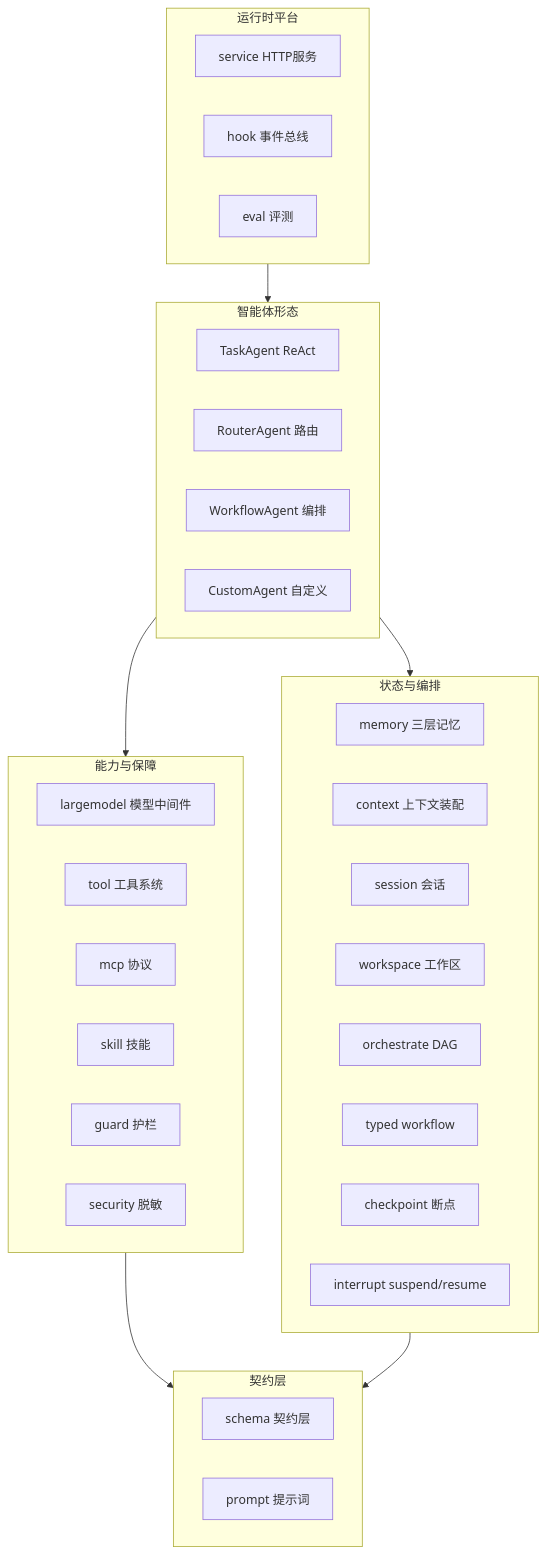
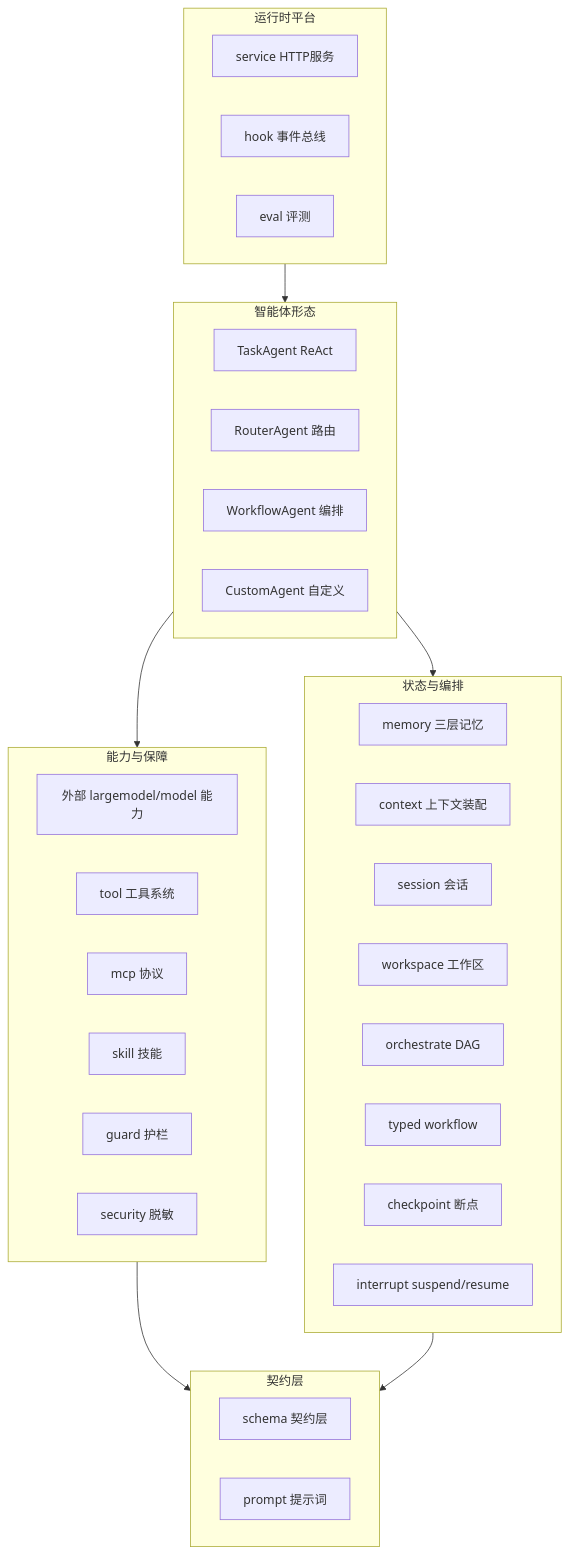
The first of 2 diagrams in doc/architecture/architecture.md (vogo/vage), drawn with Mermaid before and after one commit. The commit also changed other lines of this file and 394 other files, not shown here.

Commit message:
feat!: move model capabilities to largemodel

````diff
--- a/doc/architecture/architecture.md
+++ b/doc/architecture/architecture.md
@@ -9,42 +9,42 @@
 ```mermaid
 graph TD
     subgraph L4[运行时平台]
         service[service HTTP服务]
         hook[hook 事件总线]
         eval[eval 评测]
     end
     subgraph L3[智能体形态]
         task[TaskAgent ReAct]
         router[RouterAgent 路由]
         workflow[WorkflowAgent 编排]
         custom[CustomAgent 自定义]
     end
     subgraph L2[能力与保障]
-        model[largemodel 模型中间件]
+        model[外部 largemodel/model 能力]
         tool[tool 工具系统]
         mcp[mcp 协议]
         skill[skill 技能]
         guard[guard 护栏]
         security[security 脱敏]
     end
     subgraph L1[状态与编排]
         memory[memory 三层记忆]
         vctx[context 上下文装配]
         session[session 会话]
         workspace[workspace 工作区]
         orchestrate[orchestrate DAG]
         typedWF[typed workflow]
         checkpoint[checkpoint 断点]
         interrupt[interrupt suspend/resume]
     end
     subgraph L0[契约层]
         schema[schema 契约层]
         prompt[prompt 提示词]
     end
 
     L4 --> L3
     L3 --> L2
     L3 --> L1
     L2 --> L0
     L1 --> L0
 ```
````
